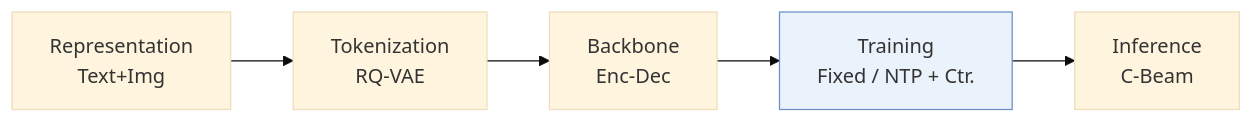
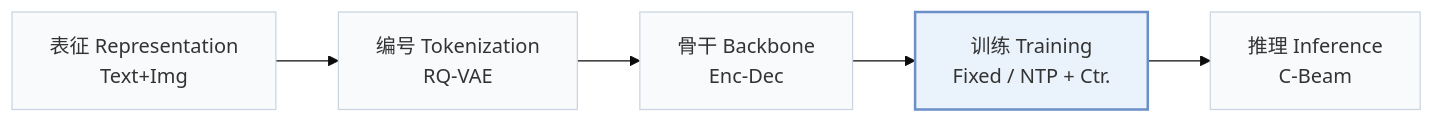
Before and after one commit to Galaxy-ghost/Awesome-SID-Generative-Rec: the first of 2 diagrams in pages/zh/papers/syngr.md, drawn with Mermaid (base theme). The commit also changed other lines of this file and 649 other files, not shown here.

Commit message:
writer-05: also tags and modality index (schema, check, build, visuals); summary field removed; calibration data for 12 papers

````diff
--- a/pages/zh/papers/syngr.md
+++ b/pages/zh/papers/syngr.md
@@ -13,6 +15,8 @@
 ```mermaid
 flowchart LR
-    R["Representation<br/>Text+Img"] --> T["Tokenization<br/>RQ-VAE"] --> B["Backbone<br/>Enc-Dec"] --> TR["Training<br/>Fixed / NTP + Ctr."] --> I["Inference<br/>C-Beam"]
-    classDef main fill:#eaf2fb,stroke:#6b8fc7
+    R["表征 Representation<br/>Text+Img"] --> T["编号 Tokenization<br/>RQ-VAE"] --> B["骨干 Backbone<br/>Enc-Dec"] --> TR["训练 Training<br/>Fixed / NTP + Ctr."] --> I["推理 Inference<br/>C-Beam"]
+    classDef base fill:#f8fafc,stroke:#cbd5e1
+    class R,T,B,TR,I base
+    classDef main fill:#eaf2fb,stroke:#6b8fc7,stroke-width:2px
     class TR main
 ```
````
